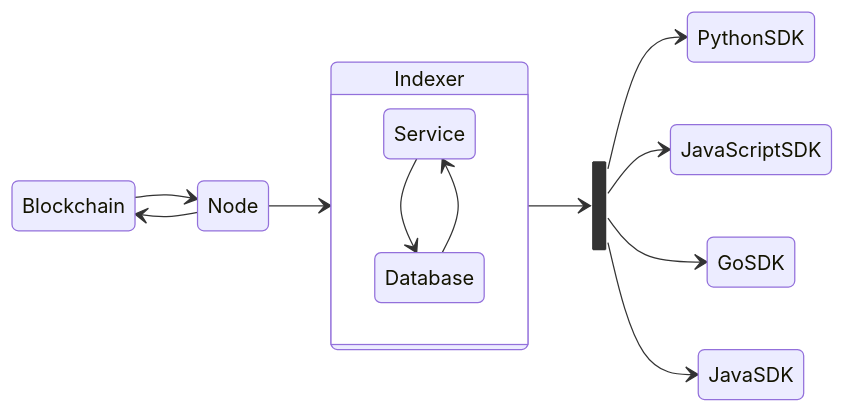
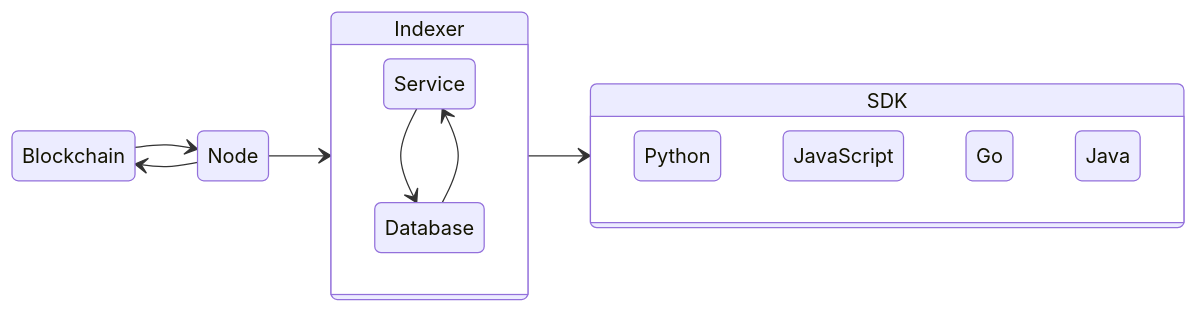
Before and after one commit to block-foundation/docker-algorand-node: the diagram in README.md, drawn with Mermaid.

````diff
--- a/README.md
+++ b/README.md
@@ -24,17 +24,18 @@
 ``` mermaid
 stateDiagram
     direction LR
     Blockchain --> Node
     Node --> Blockchain
     Node --> Indexer
     state Indexer {
       Service --> Database
       Database --> Service
     }
-    state join_state <<join>>
-    Indexer --> join_state
-    join_state --> PythonSDK
-    join_state --> JavaScriptSDK
-    join_state --> GoSDK
-    join_state --> JavaSDK
+    Indexer --> SDK
+    state SDK {
+      Python
+      JavaScript
+      Go
+      Java
+    }
 ```
````
